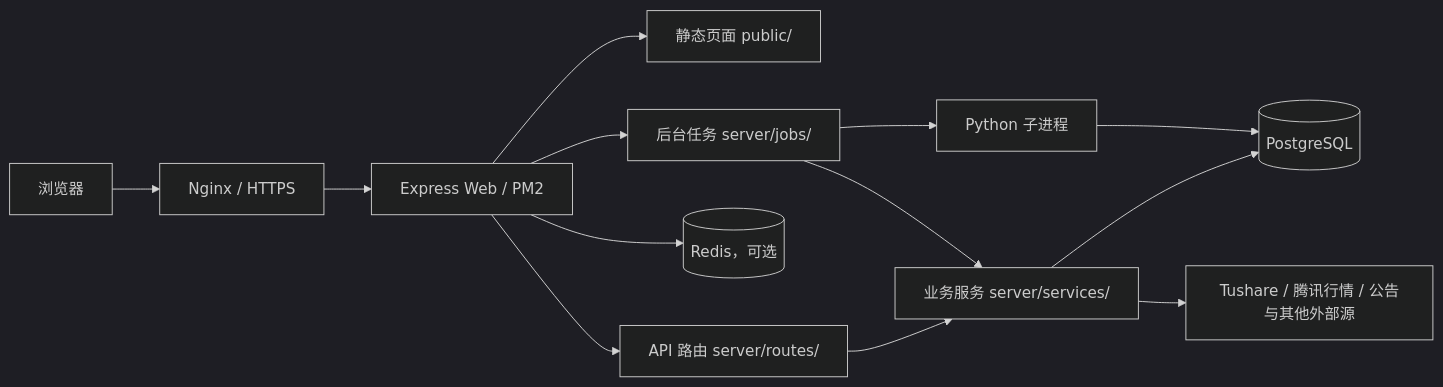
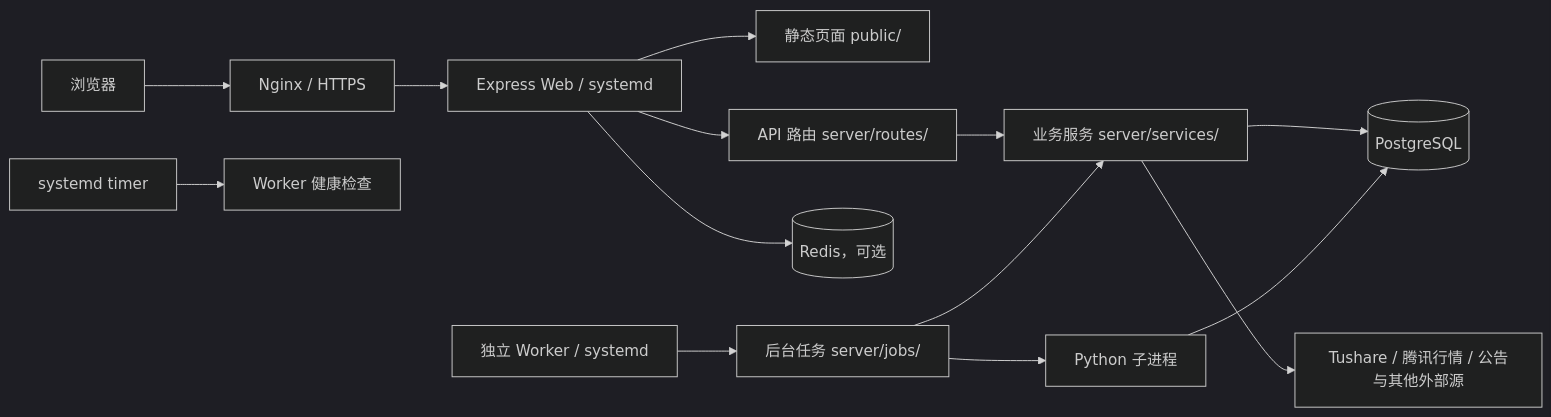
One commit to 321being123/chichanggenzong changed the first of 2 diagrams in docs/技术架构.md. Above: the diagram before and after it, drawn with Mermaid (dark theme). The commit also changed other lines of this file and 66 other files, not shown here.

````diff
--- a/docs/技术架构.md
+++ b/docs/技术架构.md
@@ -36,15 +36,16 @@
 ```mermaid
 flowchart LR
   U["浏览器"] --> N["Nginx / HTTPS"]
-  N --> W["Express Web / PM2"]
+  N --> W["Express Web / systemd"]
   W --> S["静态页面 public/"]
   W --> R["API 路由 server/routes/"]
   R --> V["业务服务 server/services/"]
   V --> P[("PostgreSQL")]
   W --> C[("Redis，可选")]
-  W --> J["后台任务 server/jobs/"]
+  T["systemd timer"] --> H["Worker 健康检查"]
+  K["独立 Worker / systemd"] --> J["后台任务 server/jobs/"]
   J --> V
   J --> PY["Python 子进程"]
   V --> X["Tushare / 腾讯行情 / 公告与其他外部源"]
   PY --> P
 ```
````
